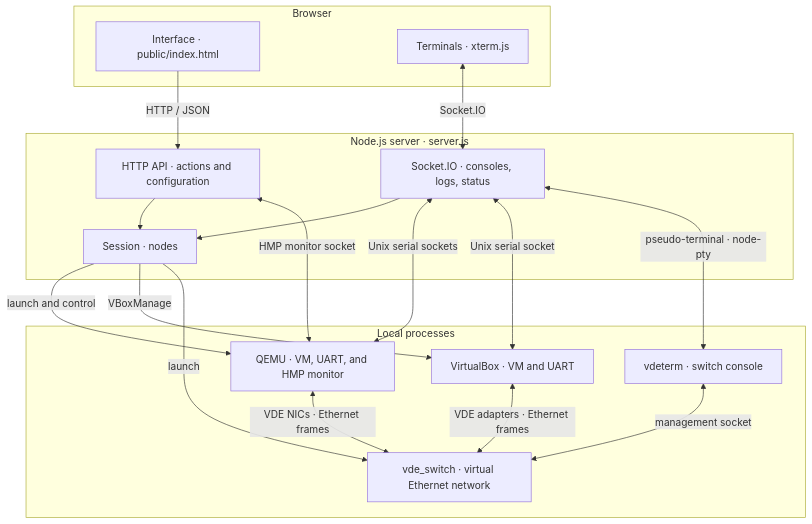
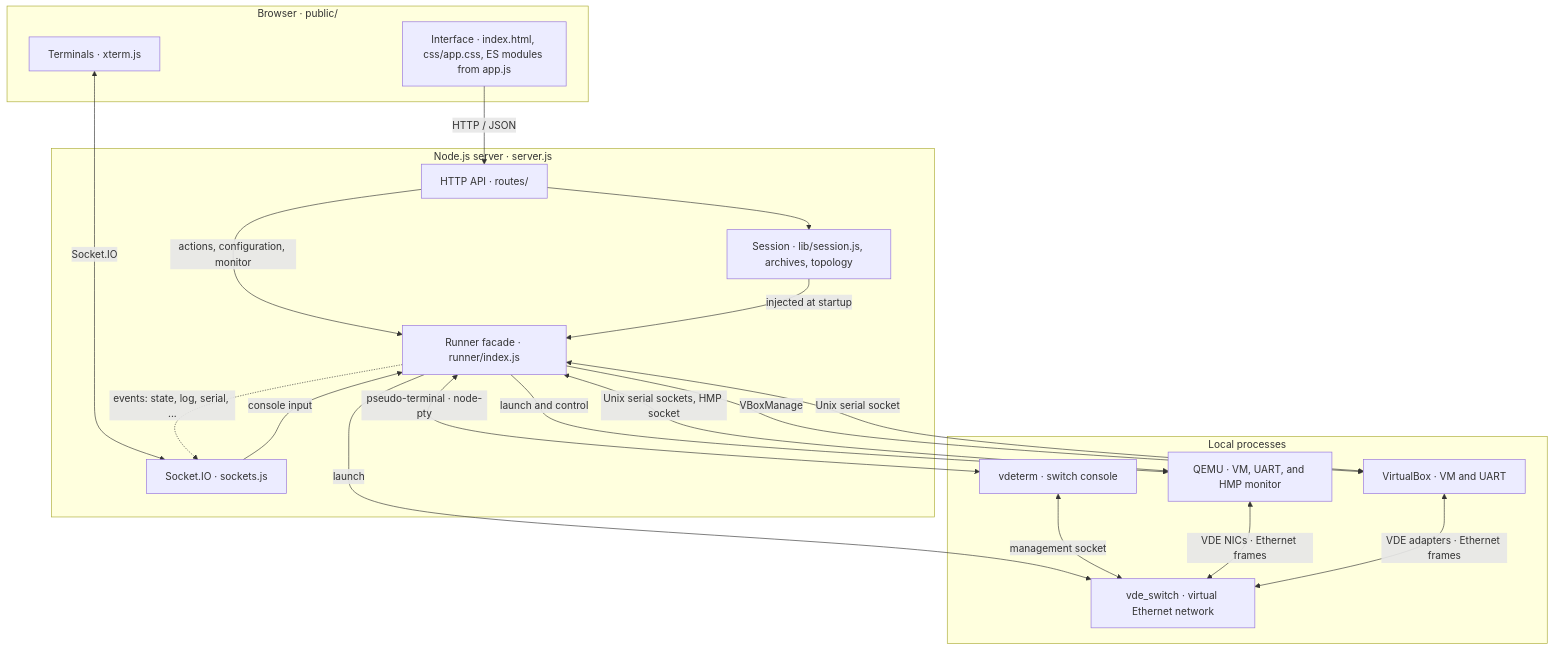
The diagram in docs/architecture.md (orel33/qemuweb), drawn with Mermaid before and after one commit. The commit also changed other lines of this file and 2 other files, not shown here.

First line of the commit message:
docs: describe the modular server and Web UI layout

````diff
--- a/docs/architecture.md
+++ b/docs/architecture.md
@@ -16,35 +16,38 @@
 ```mermaid
 flowchart TB
-  subgraph Browser["Browser"]
-    UI["Interface · public/index.html"]
+  subgraph Browser["Browser · public/"]
+    UI["Interface · index.html, css/app.css, ES modules from app.js"]
     Terminal["Terminals · xterm.js"]
   end
 
-  subgraph Node["Node.js server · server.js"]
-    API["HTTP API · actions and configuration"]
-    Socket["Socket.IO · consoles, logs, status"]
-    Session["Session · nodes"]
+  subgraph Server["Node.js server · server.js"]
+    Routes["HTTP API · routes/"]
+    Sockets["Socket.IO · sockets.js"]
+    Session["Session · lib/session.js, archives, topology"]
+    Runner["Runner facade · runner/index.js"]
   end
 
   subgraph Local["Local processes"]
     QEMU["QEMU · VM, UART, and HMP monitor"]
     VBox["VirtualBox · VM and UART"]
     VDE["vde_switch · virtual Ethernet network"]
     VDeterm["vdeterm · switch console"]
   end
 
-  UI -->|"HTTP / JSON"| API
-  Terminal <-->|"Socket.IO"| Socket
-  API --> Session
-  Socket --> Session
-  Session -->|"launch and control"| QEMU
-  Session -->|"VBoxManage"| VBox
-  Session -->|"launch"| VDE
-  Socket <-->|"Unix serial sockets"| QEMU
-  Socket <-->|"Unix serial socket"| VBox
-  Socket <-->|"pseudo-terminal · node-pty"| VDeterm
+  UI -->|"HTTP / JSON"| Routes
+  Terminal <-->|"Socket.IO"| Sockets
+  Routes --> Session
+  Routes -->|"actions, configuration, monitor"| Runner
+  Sockets -->|"console input"| Runner
+  Runner -.->|"events: state, log, serial, ..."| Sockets
+  Session -->|"injected at startup"| Runner
+  Runner -->|"launch and control"| QEMU
+  Runner -->|"VBoxManage"| VBox
+  Runner -->|"launch"| VDE
+  Runner <-->|"Unix serial sockets, HMP socket"| QEMU
+  Runner <-->|"Unix serial socket"| VBox
+  Runner <-->|"pseudo-terminal · node-pty"| VDeterm
   VDeterm <-->|"management socket"| VDE
   QEMU <-->|"VDE NICs · Ethernet frames"| VDE
   VBox <-->|"VDE adapters · Ethernet frames"| VDE
-  API <-->|"HMP monitor socket"| QEMU
 ```
````
